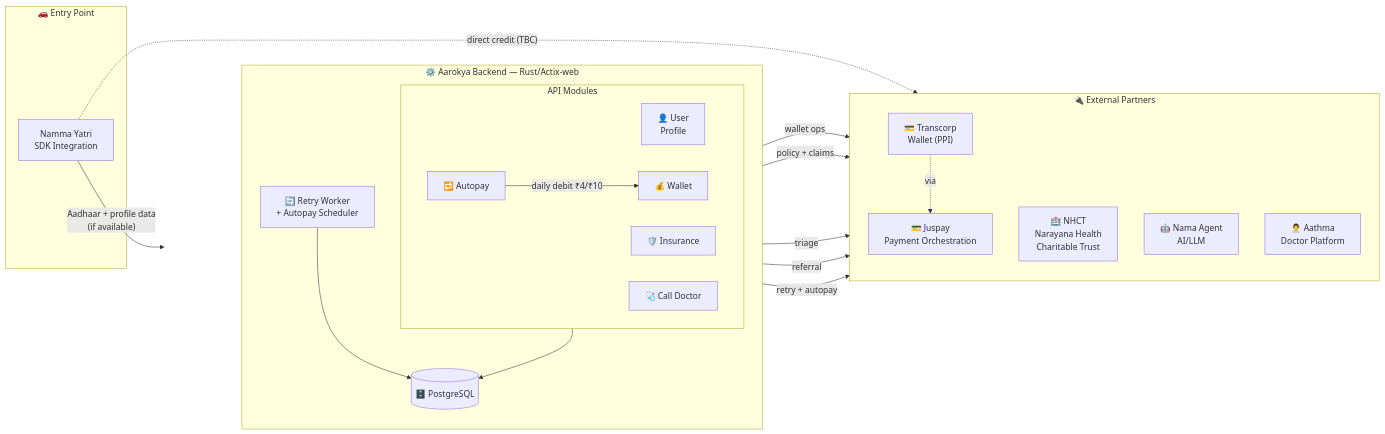
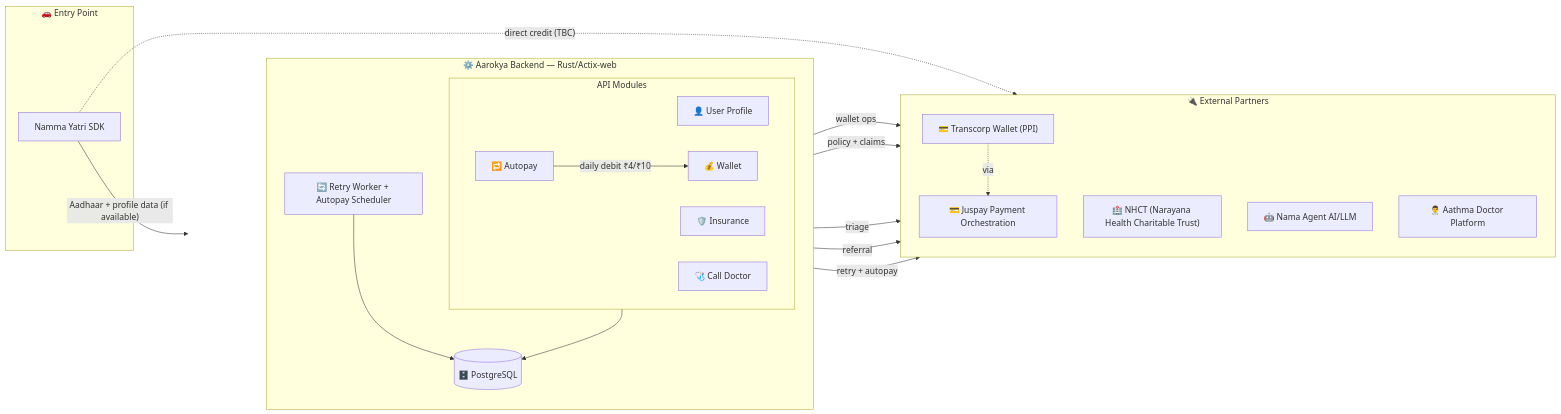
The first of 6 diagrams in api-reference/architecture/system-overview.mdx (anu19981/aarokya-backend), drawn with Mermaid before and after one commit.

Commit message:
new line

````diff
--- a/api-reference/architecture/system-overview.mdx
+++ b/api-reference/architecture/system-overview.mdx
@@ -8,43 +8,43 @@
 ```mermaid
 flowchart LR
     subgraph Source["🚗 Entry Point"]
-        NY["Namma Yatri\nSDK Integration"]
+        NY["Namma Yatri SDK"]
     end
 
     subgraph Backend["⚙️ Aarokya Backend — Rust/Actix-web"]
         direction TB
         subgraph API["API Modules"]
             direction LR
-            USER["👤 User\nProfile"]
+            USER["👤 User Profile"]
             WALLET["💰 Wallet"]
             INS["🛡️ Insurance"]
             AUTOPAY["🔁 Autopay"]
             DOC["🩺 Call Doctor"]
         end
-        BG["🔄 Retry Worker\n+ Autopay Scheduler"]
+        BG["🔄 Retry Worker + Autopay Scheduler"]
         DB[("🗄️ PostgreSQL")]
     end
 
     subgraph Partners["🔌 External Partners"]
         direction TB
-        TC["💳 Transcorp\nWallet (PPI)"]
-        JP["💳 Juspay\nPayment Orchestration"]
-        NHCT["🏥 NHCT\nNarayana Health\nCharitable Trust"]
-        NAMA["🤖 Nama Agent\nAI/LLM"]
-        AATHMA["👨‍⚕️ Aathma\nDoctor Platform"]
+        TC["💳 Transcorp Wallet (PPI)"]
+        JP["💳 Juspay Payment Orchestration"]
+        NHCT["🏥 NHCT (Narayana Health Charitable Trust)"]
+        NAMA["🤖 Nama Agent AI/LLM"]
+        AATHMA["👨‍⚕️ Aathma Doctor Platform"]
     end
 
-    NY -->|"Aadhaar + profile data\n(if available)"| API
+    NY -->|"Aadhaar + profile data (if available)"| API
     NY -.->|"direct credit (TBC)"| NHCT
 
     WALLET -->|"wallet ops"| TC
     TC -.->|"via"| JP
     INS -->|"policy + claims"| NHCT
     AUTOPAY -->|"daily debit ₹4/₹10"| WALLET
     DOC -->|"triage"| NAMA
     DOC -->|"referral"| AATHMA
     BG -->|"retry + autopay"| TC
 
     API --> DB
     BG --> DB
 ```
````
